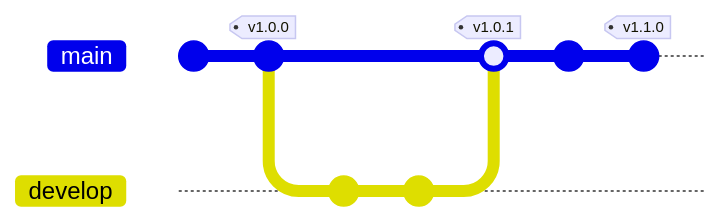
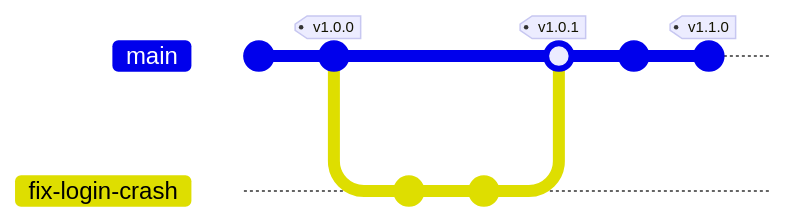
The third of 6 diagrams in slides/lesson-01-android-brief/pages/git-basic.md (enix223/android-tutorial-slides), drawn with Mermaid before and after one commit. The commit also changed other lines of this file and 1 other file, not shown here. Commit ids are hidden.

````diff
--- a/slides/lesson-01-android-brief/pages/git-basic.md
+++ b/slides/lesson-01-android-brief/pages/git-basic.md
@@ -39,13 +115,13 @@
 ```mermaid
 gitGraph
    commit 
    commit tag: "v1.0.0"
-   branch develop
-   checkout develop
+   branch fix-login-crash
+   checkout fix-login-crash
    commit
    commit
    checkout main
-   merge develop tag: "v1.0.1"
+   merge fix-login-crash tag: "v1.0.1"
    commit
    commit tag: "v1.1.0"
 ```
````
